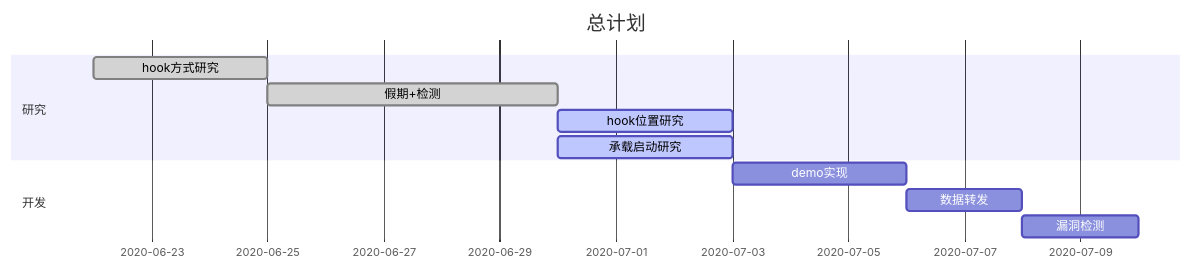
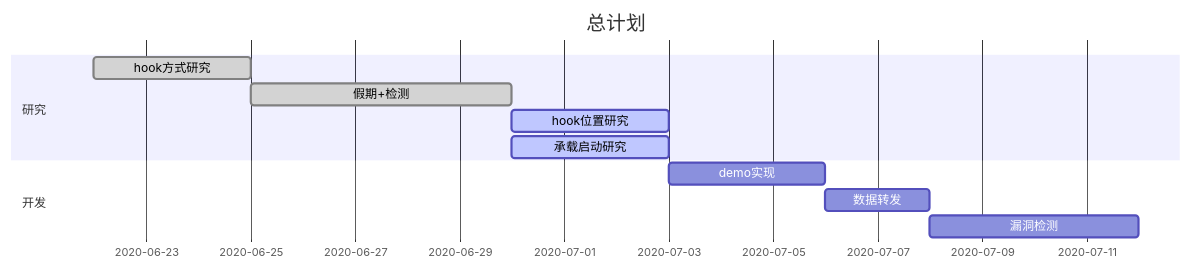
The first of 2 diagrams in Plan.md (luotianqi777/Notebook), drawn with Mermaid before and after one commit. The commit also changed other lines of this file and 1 other file, not shown here.

````diff
--- a/Plan.md
+++ b/Plan.md
@@ -3,14 +3,14 @@
 ```mermaid
 gantt
 dateFormat MM-DD
 title 总计划
 section 研究
 hook方式研究: done, hook_find, 06-22, 3d
 假期+检测: done, holiday, after hook_find, 5d
 hook位置研究: active, hook_location, after holiday, 3d
 承载启动研究: active, startup ,after holiday, 3d
 section 开发
 demo实现: hook_impl, after startup, 3d
 数据转发: data_send, after hook_impl, 2d
-漏洞检测: bug_check, after data_send, 2d
+漏洞检测: bug_check, after data_send, 4d
 ```
````
